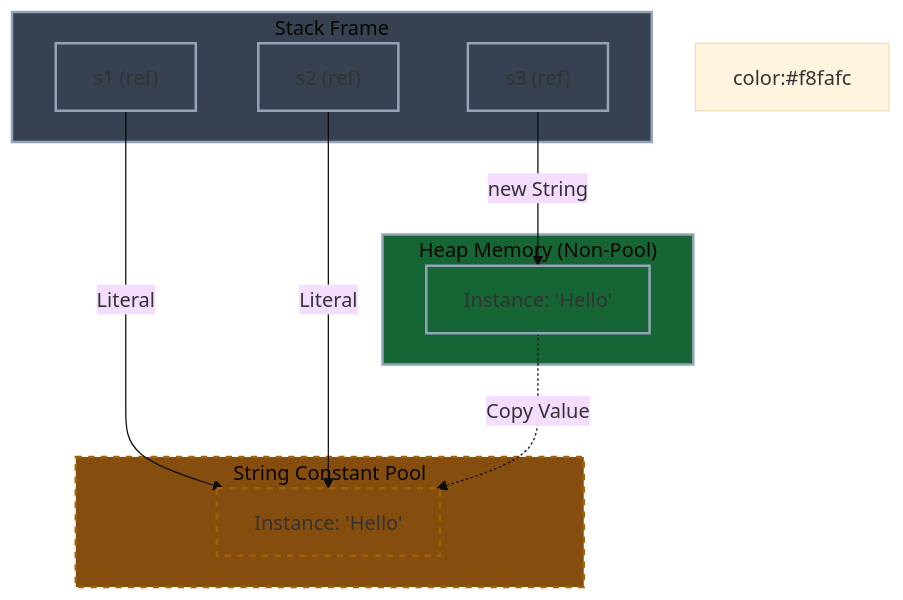
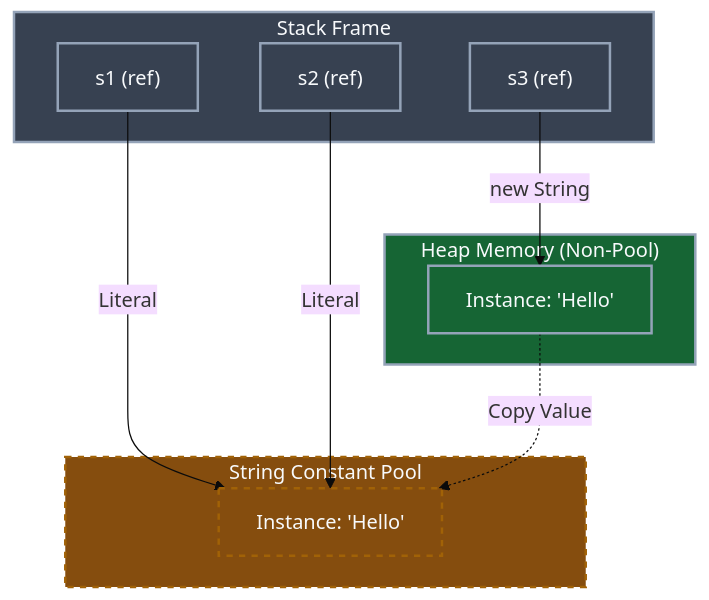
The diagram in _posts/java/09-불변_객체와_String_클래스/2026-01-25-jvm이-문자열을-관리하는-방법.md (Kang-Hyesung/kang-hyesung.github.io), drawn with Mermaid (base theme) before and after one commit. The commit also changed 2 other files, not shown here.

Commit message:
fix: correct mermaid color syntax

````diff
--- a/_posts/java/09-불변_객체와_String_클래스/2026-01-25-jvm이-문자열을-관리하는-방법.md
+++ b/_posts/java/09-불변_객체와_String_클래스/2026-01-25-jvm이-문자열을-관리하는-방법.md
@@ -18,36 +18,36 @@
 ```mermaid
 graph TD
     %% 1. 스택 영역 정의
     subgraph Stack_Frame ["Stack Frame"]
         s1["s1 (ref)"]
         s2["s2 (ref)"]
         s3["s3 (ref)"]
     end
 
     %% 2. 힙 영역 (일반) 정의
     subgraph Heap_Memory ["Heap Memory (Non-Pool)"]
         World["Instance: 'Hello'"]
     end
 
     %% 3. 상수 풀 영역 정의 (Heap의 일부지만 분리하여 표현)
     subgraph Constant_Pool ["String Constant Pool"]
         Hello["Instance: 'Hello'"]
     end
 
     %% 관계 연결
     s1 -->|Literal| Hello
     s2 -->|Literal| Hello
     s3 -->|new String| World
     
     %% 중요: new String 생성 시 내부적으로 Pool의 값을 참조함 (점선 표시)
     World -.->|Copy Value| Hello
 
     %% 스타일 정의 (클래스 정의 방식 사용)
-    classDef stackFill fill:#374151,stroke:#94a3b8,stroke-width:2px;color:#f8fafc;
-    classDef heapFill fill:#166534,stroke:#94a3b8,stroke-width:2px;color:#f8fafc;
-    classDef poolFill fill:#854d0e,stroke:#a16207,stroke-width:2px,stroke-dasharray: 5 5;color:#f8fafc;
+    classDef stackFill fill:#374151,stroke:#94a3b8,stroke-width:2px,color:#f8fafc;
+    classDef heapFill fill:#166534,stroke:#94a3b8,stroke-width:2px,color:#f8fafc;
+    classDef poolFill fill:#854d0e,stroke:#a16207,stroke-width:2px,stroke-dasharray: 5 5,color:#f8fafc;
 
     class Stack_Frame,s1,s2,s3 stackFill;
     class Heap_Memory,World heapFill;
     class Constant_Pool,Hello poolFill;
 ```
````
